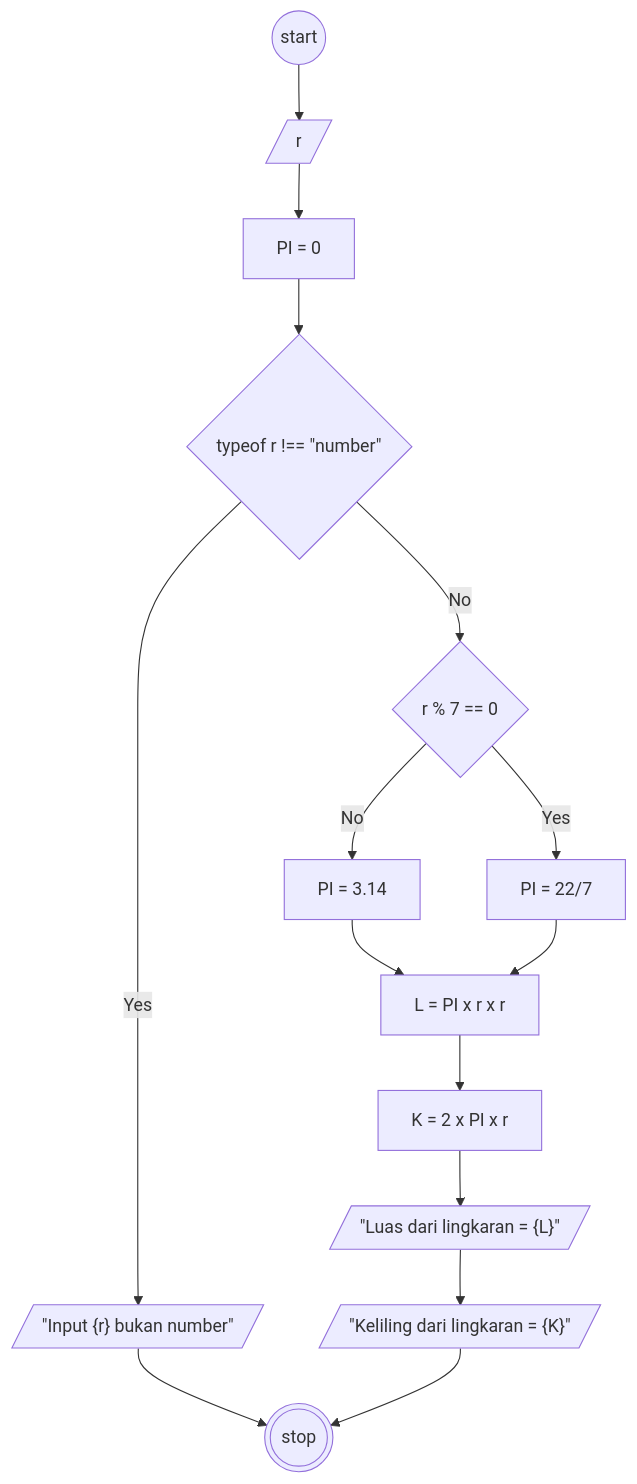
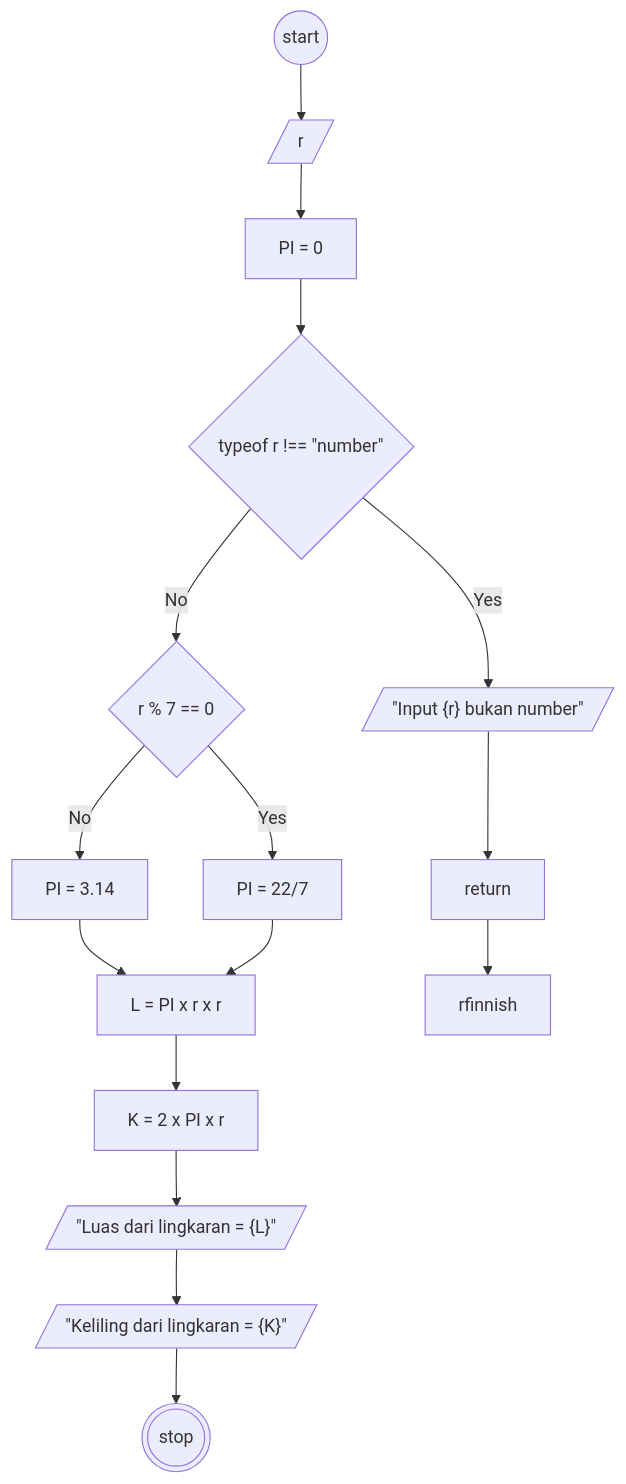
Before and after one commit to bildanjhry/Koda-b8-Javascript1: the diagram in readme.md, drawn with Mermaid.

````diff
--- a/readme.md
+++ b/readme.md
@@ -6,24 +6,25 @@
 ```mermaid
 flowchart TD
 start@{shape: circle, label: "start"}
 des@{shape: diam, label: " r % 7 == 0" }
 piEm@{shape: rect, label: "PI = 0" }
 pi@{shape:rect, label: "PI = 3.14" }
 pi2@{shape:rect, label: "PI = 22/7" }
 r@{shape: lean-r, label: "r"}
 conType@{shape: diam, label: 'typeof r !== "number"'}
+ret@{shape: rect, label: "return"}
 L@{shape: rect, label: "L = PI x r x r"}
 outL@{shape: lean-r, label : '"Luas dari lingkaran = {L}"'}
 K@{shape: rect, label: "K = 2 x PI x r"}
 logErr@{shape: lean-r, label: '"Input {r} bukan number"'}
 outK@{shape: lean-r, label: '"Keliling dari lingkaran = {K}"'}
 finnish@{shape: double-circle, label: "stop"}
 
 start-->r-->piEm-->conType
-conType-- Yes -->logErr-->finnish
+conType-- Yes -->logErr-->ret-->rfinnish
 conType-- No -->des
 des-- No -->pi-->L-->K-->outL-->outK-->finnish
 des-- Yes -->pi2-->L
 
 
 ```
````
